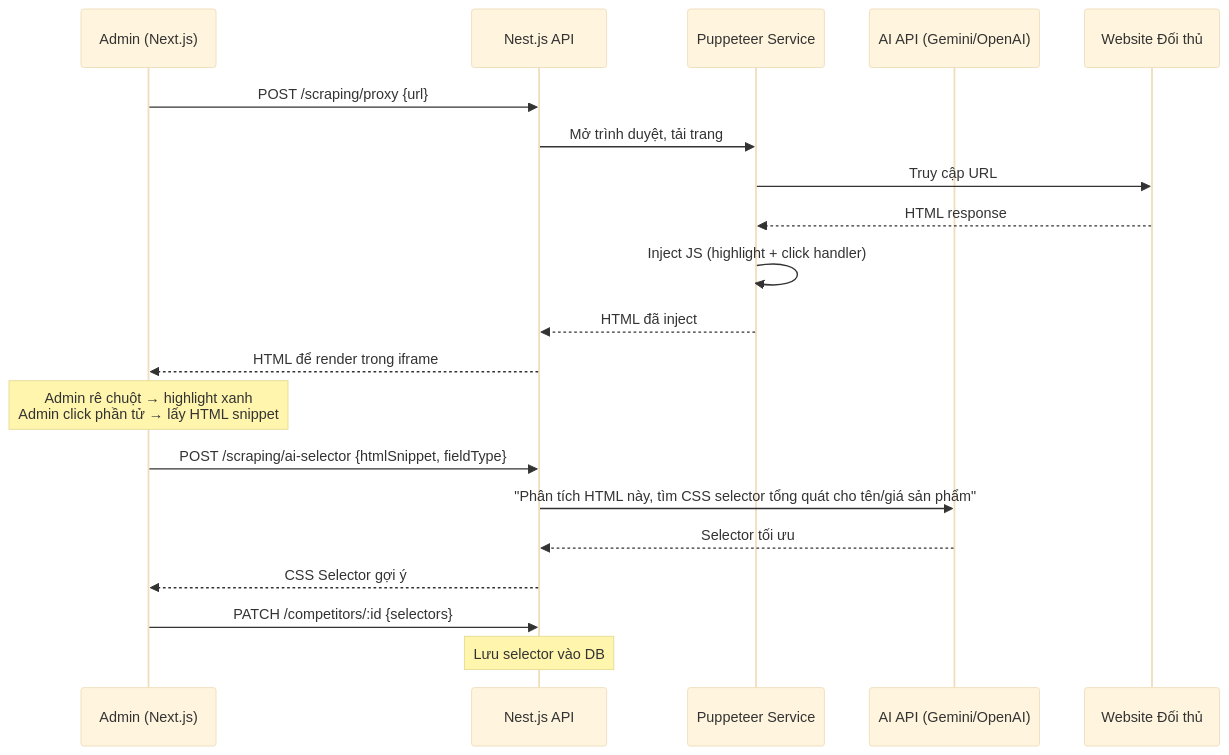
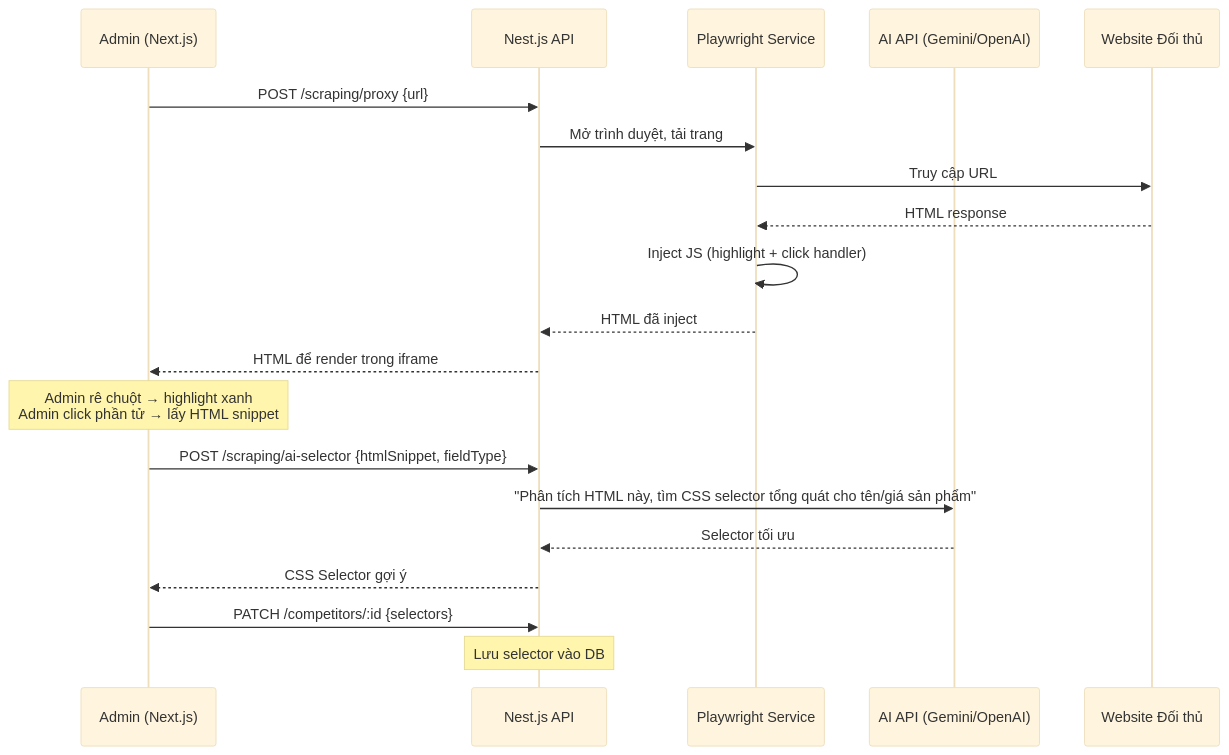
The first of 2 diagrams in md/implementation_plan.md (hungnm3112/Ap24hTools), drawn with Mermaid (base theme) before and after one commit. The commit also changed other lines of this file, not shown here.

````diff
--- a/md/implementation_plan.md
+++ b/md/implementation_plan.md
@@ -413,26 +413,26 @@
 ```mermaid
 sequenceDiagram
     participant Admin as Admin (Next.js)
     participant Backend as Nest.js API
-    participant Puppeteer as Puppeteer Service
+    participant Playwright as Playwright Service
     participant AI as AI API (Gemini/OpenAI)
     participant Target as Website Đối thủ
 
     Admin->>Backend: POST /scraping/proxy {url}
-    Backend->>Puppeteer: Mở trình duyệt, tải trang
-    Puppeteer->>Target: Truy cập URL
-    Target-->>Puppeteer: HTML response
-    Puppeteer->>Puppeteer: Inject JS (highlight + click handler)
-    Puppeteer-->>Backend: HTML đã inject
+    Backend->>Playwright: Mở trình duyệt, tải trang
+    Playwright->>Target: Truy cập URL
+    Target-->>Playwright: HTML response
+    Playwright->>Playwright: Inject JS (highlight + click handler)
+    Playwright-->>Backend: HTML đã inject
     Backend-->>Admin: HTML để render trong iframe
 
     Note over Admin: Admin rê chuột → highlight xanh<br/>Admin click phần tử → lấy HTML snippet
 
     Admin->>Backend: POST /scraping/ai-selector {htmlSnippet, fieldType}
     Backend->>AI: "Phân tích HTML này, tìm CSS selector tổng quát cho tên/giá sản phẩm"
     AI-->>Backend: Selector tối ưu
     Backend-->>Admin: CSS Selector gợi ý
 
     Admin->>Backend: PATCH /competitors/:id {selectors}
     Note over Backend: Lưu selector vào DB
 ```
````
